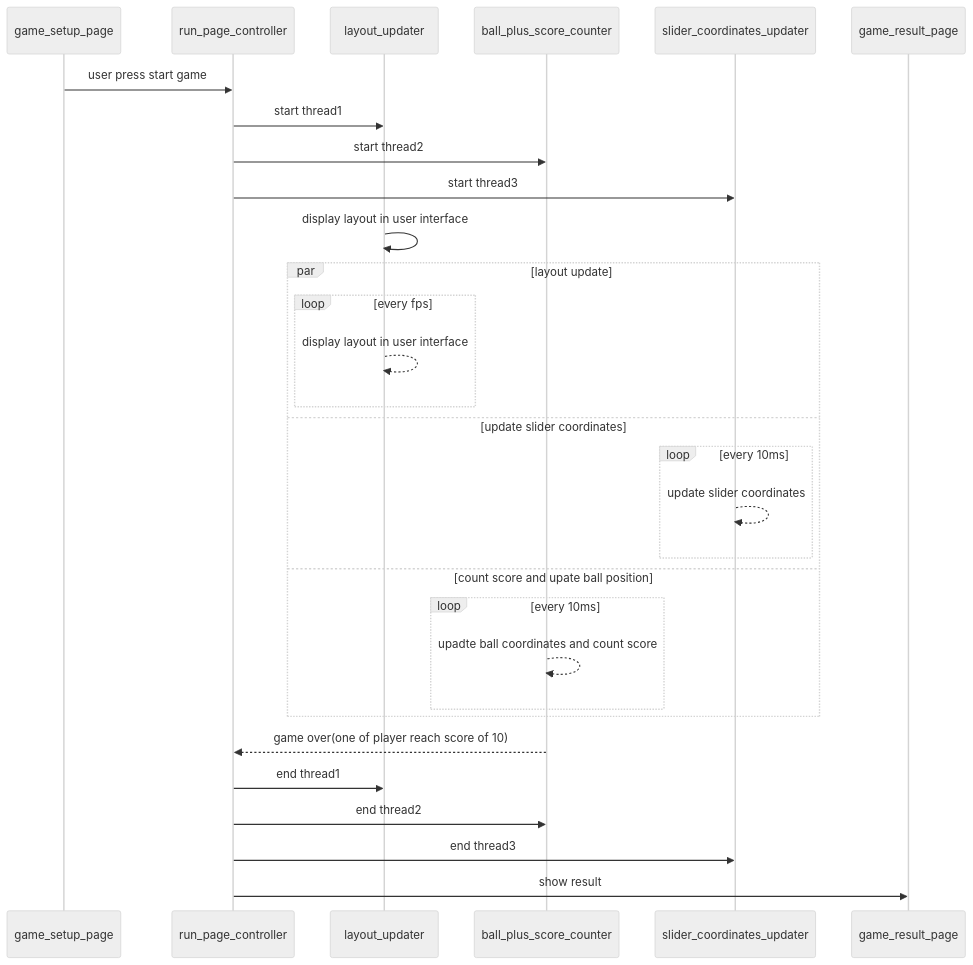
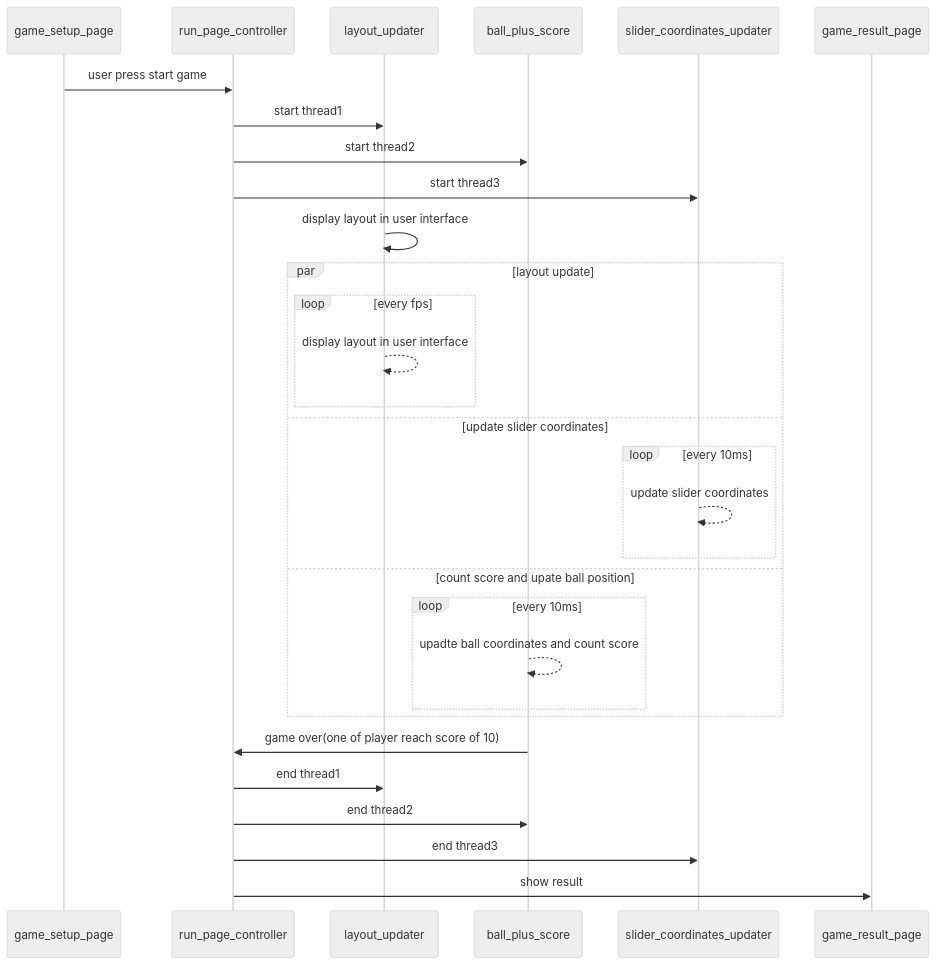
The diagram in Stage0/game_run_page/README.md (Engin-Boot/pong-stage-AjinkyaGhatol), drawn with Mermaid (neutral theme) before and after one commit. The commit also changed other lines of this file, not shown here.

````diff
--- a/Stage0/game_run_page/README.md
+++ b/Stage0/game_run_page/README.md
@@ -18,29 +18,29 @@
 ```mermaid
 sequenceDiagram
   game_setup_page->>run_page_controller: user press start game
   run_page_controller->>layout_updater:start thread1
-  run_page_controller->>ball_plus_score_counter:start thread2
+  run_page_controller->>ball_plus_score:start thread2
   run_page_controller->>slider_coordinates_updater:start thread3
   layout_updater->>layout_updater: display layout in user interface
 
   
   par layout update
     loop every fps
     layout_updater-->>layout_updater: display layout in user interface
     end
   and update slider coordinates
     loop every 10ms
     slider_coordinates_updater-->>slider_coordinates_updater:update slider coordinates
     end
   and count score and upate ball position
     loop every 10ms
-ball_plus_score_counter-->>ball_plus_score_counter:upadte ball coordinates and count score
-    end 
+ball_plus_score-->>ball_plus_score:upadte ball coordinates and count score
+    end
   end
-ball_plus_score_counter-->>run_page_controller:game over(one of player reach score of 10)
+ball_plus_score->>run_page_controller:game over(one of player reach score of 10)
   run_page_controller->>layout_updater:end thread1
-  run_page_controller->>ball_plus_score_counter:end thread2
+  run_page_controller->>ball_plus_score:end thread2
   run_page_controller->>slider_coordinates_updater:end thread3
   run_page_controller->>game_result_page:show result
-					
+
 ```
````
